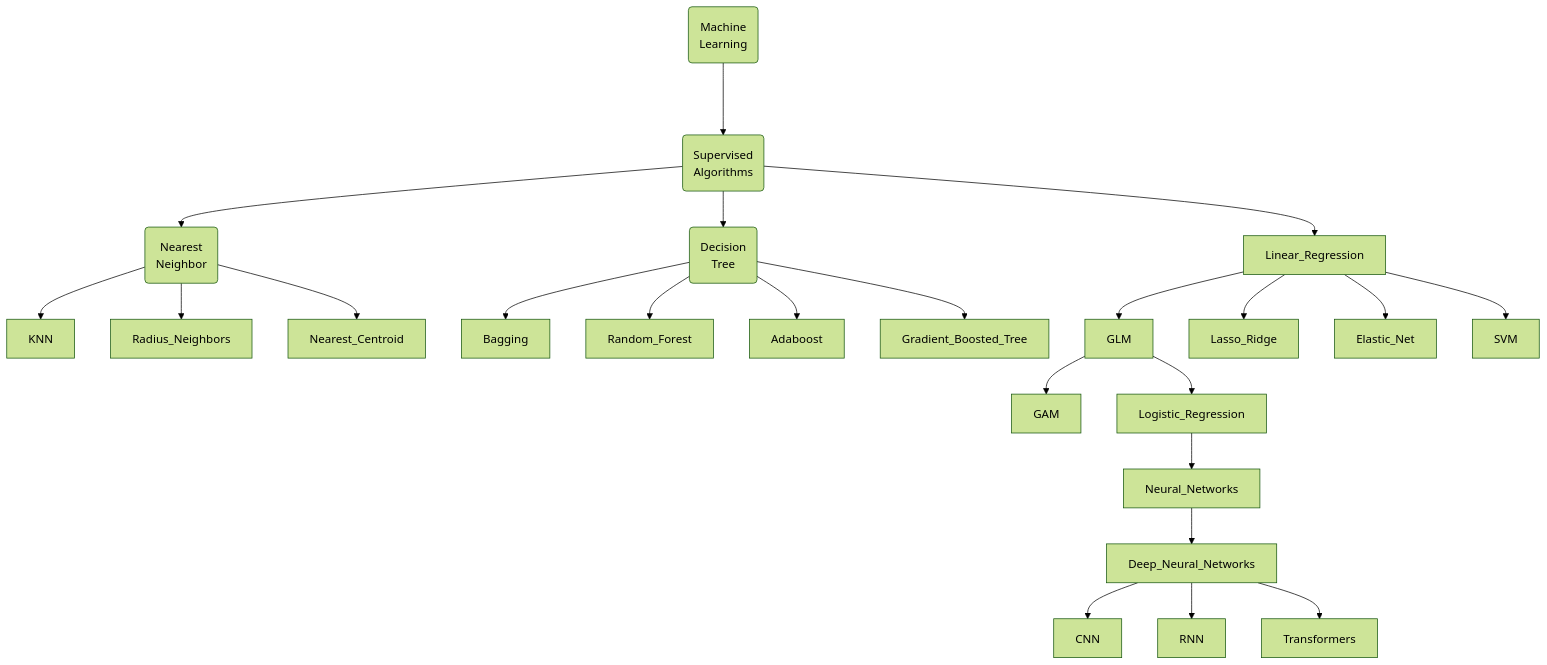
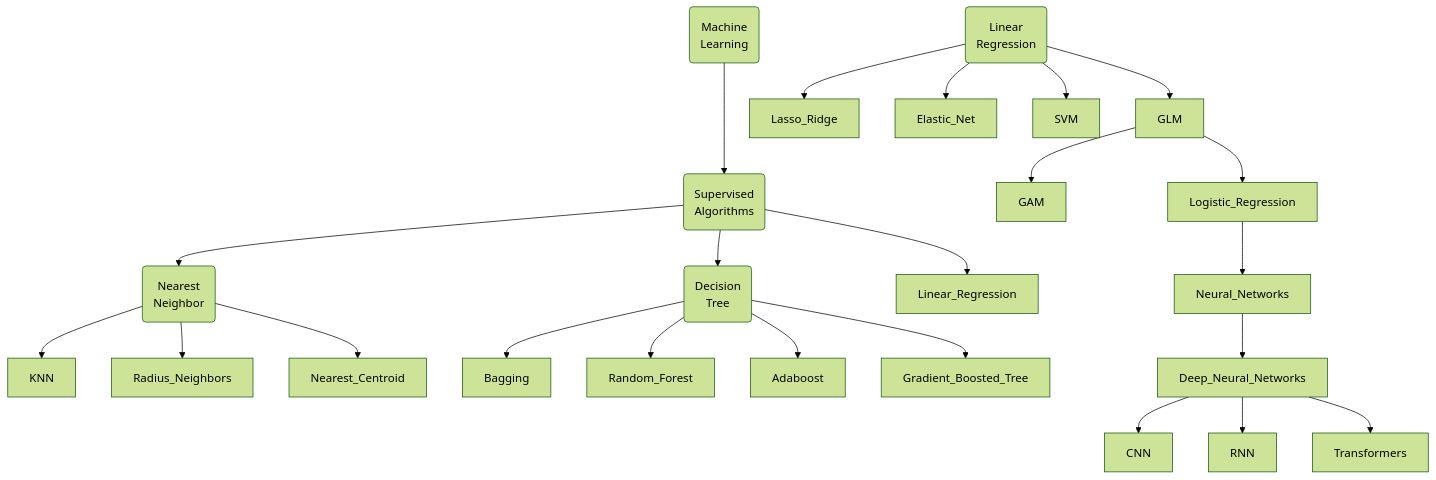
Before and after one commit to hwetsman/Public_Notes: the diagram in ML_Tree.md, drawn with Mermaid (forest theme).

Commit message:
Refactor: fix linear regression

`````diff
--- a/ML_Tree.md
+++ b/ML_Tree.md
@@ -1,27 +1,27 @@
 ````mermaid
 flowchart TB
   Machine_Learning(Machine<br>Learning)
   Supervised(Supervised<br>Algorithms)
     Supervised-->Nearest(Nearest<br>Neighbor)
       Machine_Learning--->Supervised
     Nearest --> KNN
     Nearest --> Radius_Neighbors
     Nearest --> Nearest_Centroid
     Supervised --> Decision(Decision<br>Tree)
     Decision --> Bagging
     Decision --> Random_Forest
     Decision --> Adaboost
     Decision --> Gradient_Boosted_Tree
     Supervised --> Linear_Regression
-    Linear_Regression --> GLM
+    Linear(Linear<br>Regression) --> GLM
     GLM --> GAM
     GLM --> Logistic_Regression
     Logistic_Regression --> Neural_Networks
     Neural_Networks --> Deep_Neural_Networks
     Deep_Neural_Networks --> CNN
     Deep_Neural_Networks --> RNN
     Deep_Neural_Networks --> Transformers
-    Linear_Regression --> Lasso_Ridge
-    Linear_Regression --> Elastic_Net
-    Linear_Regression --> SVM
+    Linear --> Lasso_Ridge
+    Linear --> Elastic_Net
+    Linear --> SVM
 ````
`````
